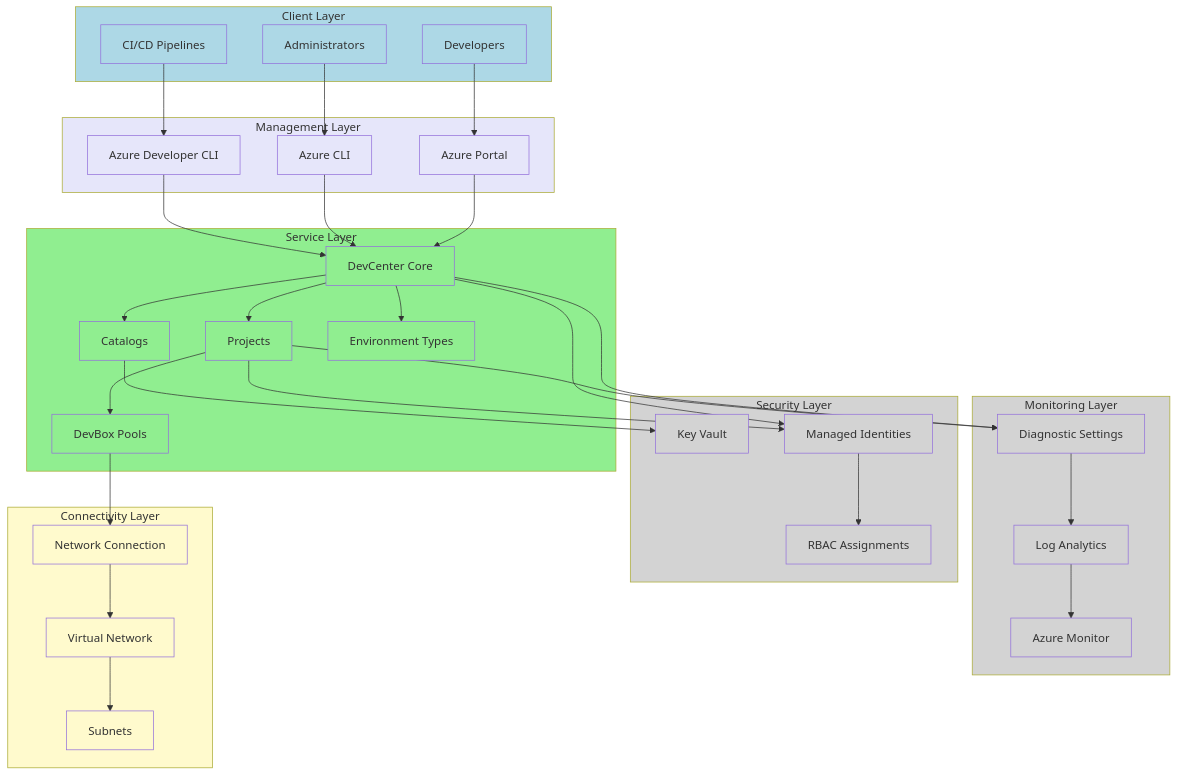
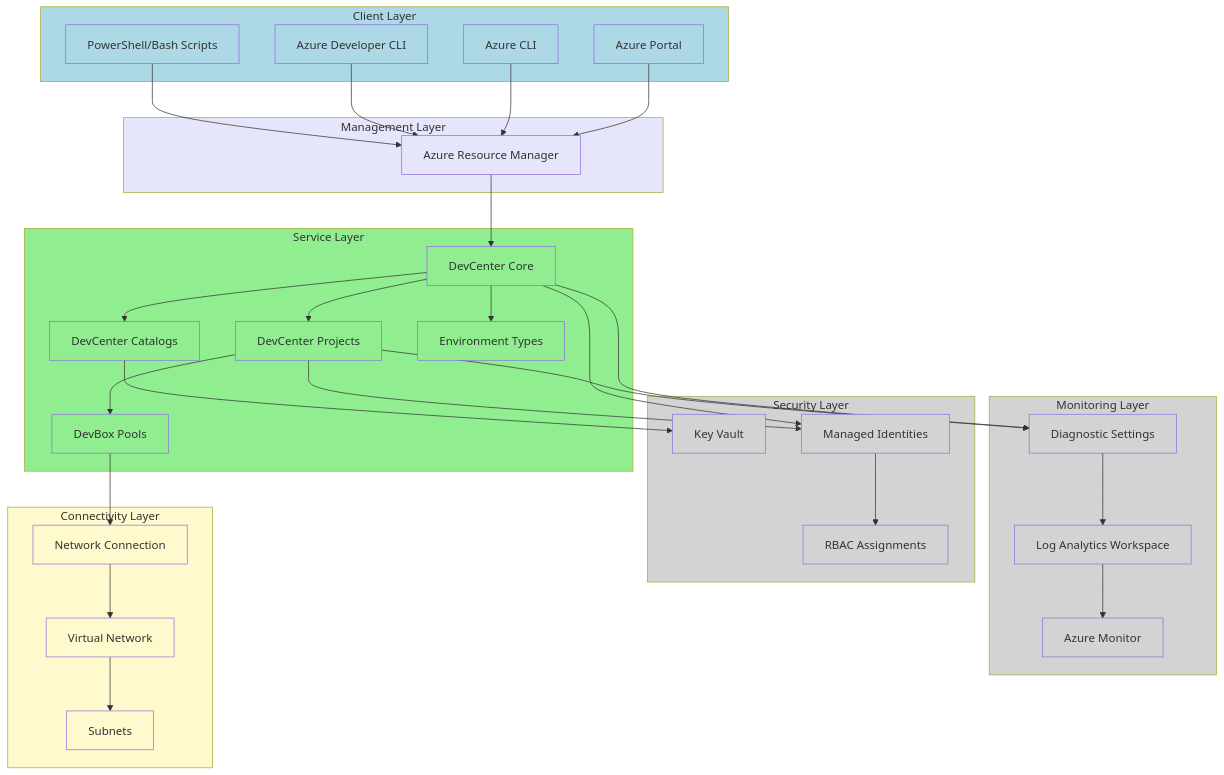
The fourth of 6 diagrams in README.md (Evilazaro/DevExp-DevBox), drawn with Mermaid before and after one commit. The commit also changed other lines of this file, not shown here.

````diff
--- a/README.md
+++ b/README.md
@@ -192,21 +274,20 @@
 ```mermaid
 flowchart TB
     subgraph Clients[Client Layer]
-        C1[Developers]
-        C2[Administrators]
-        C3[CI/CD Pipelines]
+        C1[Azure Portal]
+        C2[Azure CLI]
+        C3[Azure Developer CLI]
+        C4[PowerShell/Bash Scripts]
     end
     
     subgraph Gateway[Management Layer]
-        G1[Azure Portal]
-        G2[Azure CLI]
-        G3[Azure Developer CLI]
+        G1[Azure Resource Manager]
     end
     
     subgraph Services[Service Layer]
         SV1[DevCenter Core]
-        SV2[Projects]
-        SV3[Catalogs]
+        SV2[DevCenter Projects]
+        SV3[DevCenter Catalogs]
         SV4[Environment Types]
         SV5[DevBox Pools]
     end
@@ -218,7 +299,7 @@
     end
     
     subgraph Monitoring[Monitoring Layer]
-        M1[Log Analytics]
+        M1[Log Analytics Workspace]
         M2[Diagnostic Settings]
         M3[Azure Monitor]
     end
@@ -230,12 +311,11 @@
     end
     
     C1 --> G1
-    C2 --> G2
-    C3 --> G3
+    C2 --> G1
+    C3 --> G1
+    C4 --> G1
     
     G1 --> SV1
-    G2 --> SV1
-    G3 --> SV1
     
     SV1 --> SV2
     SV1 --> SV3
@@ -265,9 +345,8 @@
     style C1 fill:#ADD8E6
     style C2 fill:#ADD8E6
     style C3 fill:#ADD8E6
+    style C4 fill:#ADD8E6
     style G1 fill:#E6E6FA
-    style G2 fill:#E6E6FA
-    style G3 fill:#E6E6FA
     style SV1 fill:#90EE90
     style SV2 fill:#90EE90
     style SV3 fill:#90EE90
````
